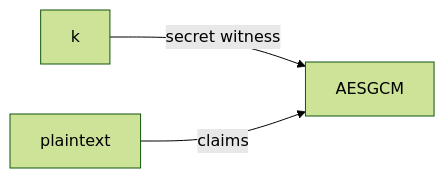
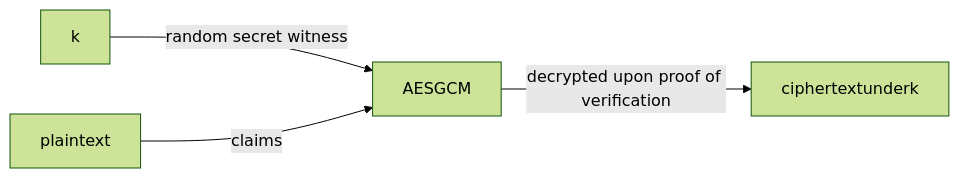
One commit to rfielding/whiskeyTango changed the second of 2 diagrams in README.md. Above: the diagram before and after it, drawn with Mermaid (forest theme).

Commit message:
update diagram

````diff
--- a/README.md
+++ b/README.md
@@ -94,5 +94,6 @@
 ```mermaid
 flowchart LR
-  k-- secret witness -->AESGCM
+  k-- random secret witness -->AESGCM
   plaintext-- claims -->AESGCM
+  AESGCM-- decrypted upon proof of verification -->ciphertextunderk
 ```
````
